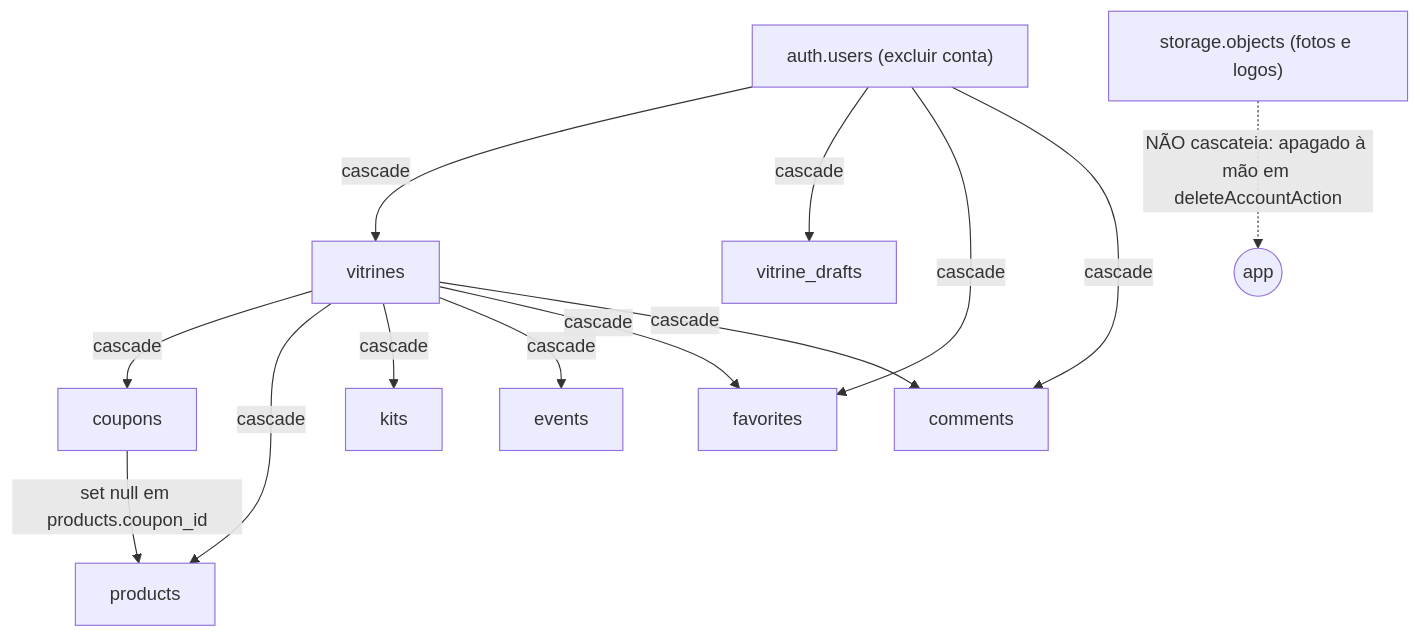
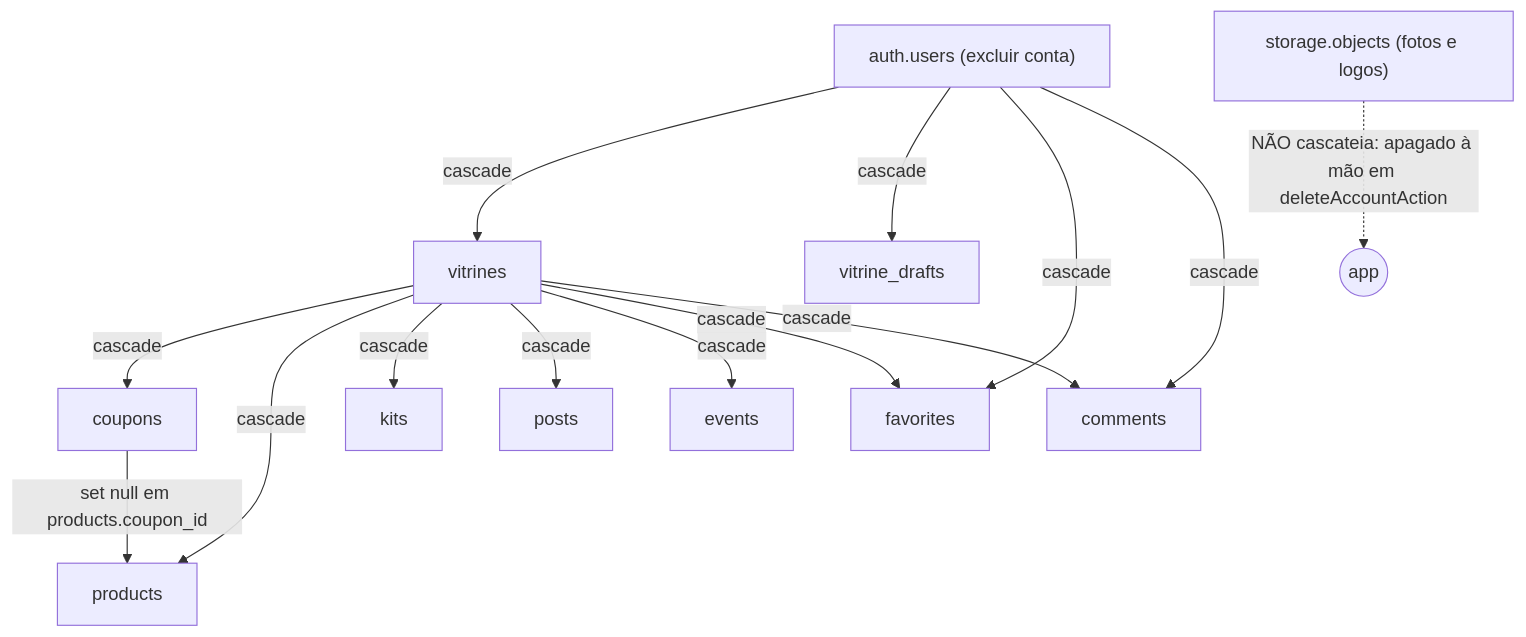
The third of 3 diagrams in docs/database.md (estevaons/myvitri), drawn with Mermaid before and after one commit. The commit also changed other lines of this file and 47 other files, not shown here.

````diff
--- a/docs/database.md
+++ b/docs/database.md
@@ -413,15 +450,16 @@
 ```mermaid
 graph TD
     U["auth.users (excluir conta)"] -->|cascade| V[vitrines]
     U -->|cascade| D[vitrine_drafts]
     V -->|cascade| C[coupons]
     V -->|cascade| P[products]
     V -->|cascade| K[kits]
+    V -->|cascade| PO[posts]
     V -->|cascade| E[events]
     U -->|cascade| F[favorites]
     V -->|cascade| F
     U -->|cascade| M[comments]
     V -->|cascade| M
     C -->|set null em products.coupon_id| P
     S["storage.objects (fotos e logos)"] -.->|"NÃO cascateia: apagado à mão em deleteAccountAction"| X((app))
 ```
````
